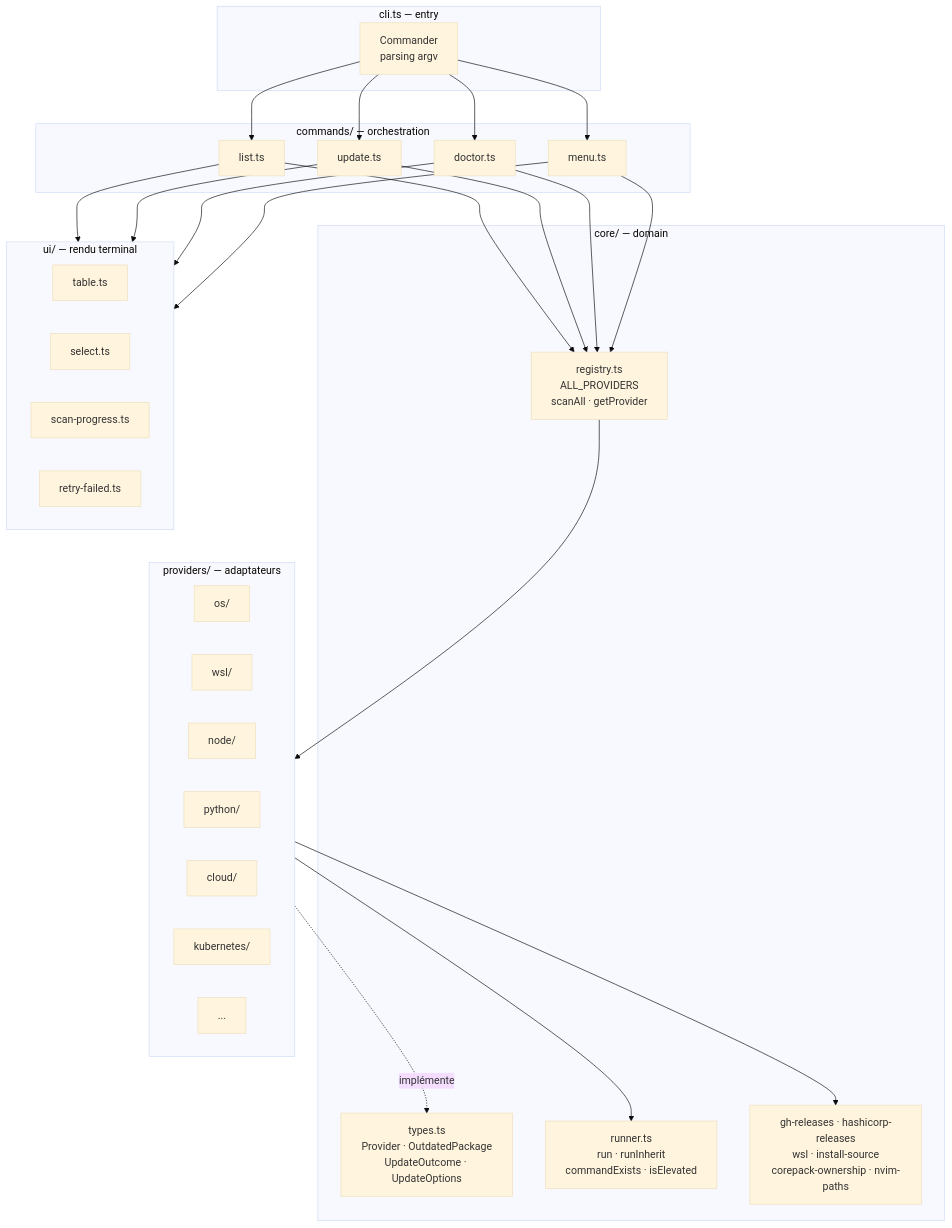
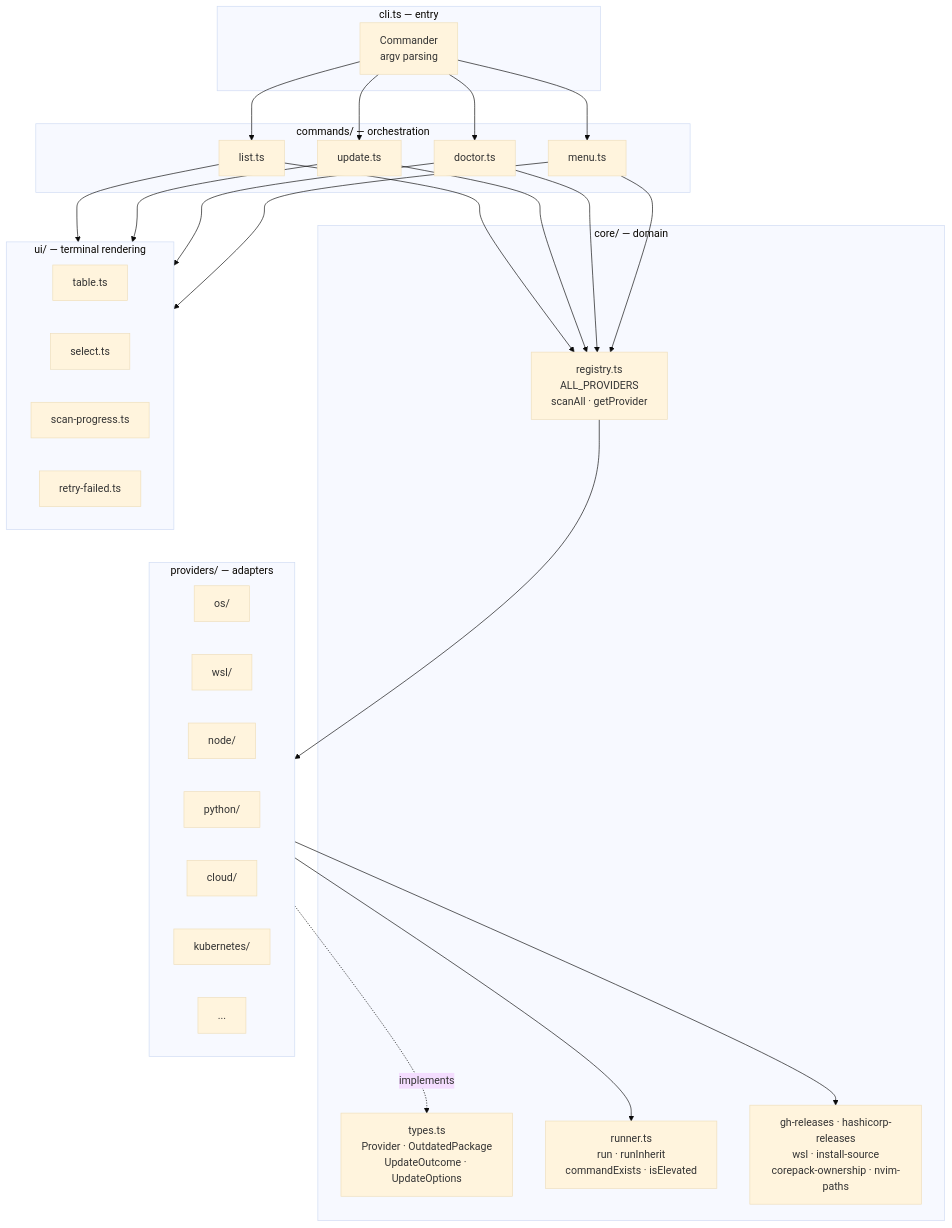
One commit to LINDECKER-Charles/gup changed the second of 9 diagrams in docs/architecture.md. Above: the diagram before and after it, drawn with Mermaid (base theme). The commit also changed other lines of this file and 5 other files, not shown here.

````diff
--- a/docs/architecture.md
+++ b/docs/architecture.md
@@ -60,45 +60,45 @@
 ```mermaid
 flowchart TB
     subgraph CLI["cli.ts — entry"]
-        Commander[Commander<br/>parsing argv]
+        Commander[Commander<br/>argv parsing]
     end
 
     subgraph Commands["commands/ — orchestration"]
         ListCmd[list.ts]
         UpdateCmd[update.ts]
         DoctorCmd[doctor.ts]
         MenuCmd[menu.ts]
     end
 
     subgraph Core["core/ — domain"]
         Types[types.ts<br/>Provider · OutdatedPackage<br/>UpdateOutcome · UpdateOptions]
         RegistryC[registry.ts<br/>ALL_PROVIDERS<br/>scanAll · getProvider]
         RunnerC[runner.ts<br/>run · runInherit<br/>commandExists · isElevated]
         Helpers[gh-releases · hashicorp-releases<br/>wsl · install-source<br/>corepack-ownership · nvim-paths]
     end
 
-    subgraph UI["ui/ — rendu terminal"]
+    subgraph UI["ui/ — terminal rendering"]
         Table[table.ts]
         Select[select.ts]
         Progress[scan-progress.ts]
         Retry[retry-failed.ts]
     end
 
-    subgraph ProvidersLayer["providers/ — adaptateurs"]
+    subgraph ProvidersLayer["providers/ — adapters"]
         OS[os/]
         Wsl[wsl/]
         Node[node/]
         Python[python/]
         Cloud[cloud/]
         K8s[kubernetes/]
         Etc[...]
     end
 
     Commander --> ListCmd & UpdateCmd & DoctorCmd & MenuCmd
     ListCmd & UpdateCmd & DoctorCmd & MenuCmd --> RegistryC
     ListCmd & UpdateCmd & DoctorCmd & MenuCmd --> UI
     RegistryC --> ProvidersLayer
     ProvidersLayer --> RunnerC
     ProvidersLayer --> Helpers
-    ProvidersLayer -.implémente.-> Types
+    ProvidersLayer -.implements.-> Types
 ```
````
